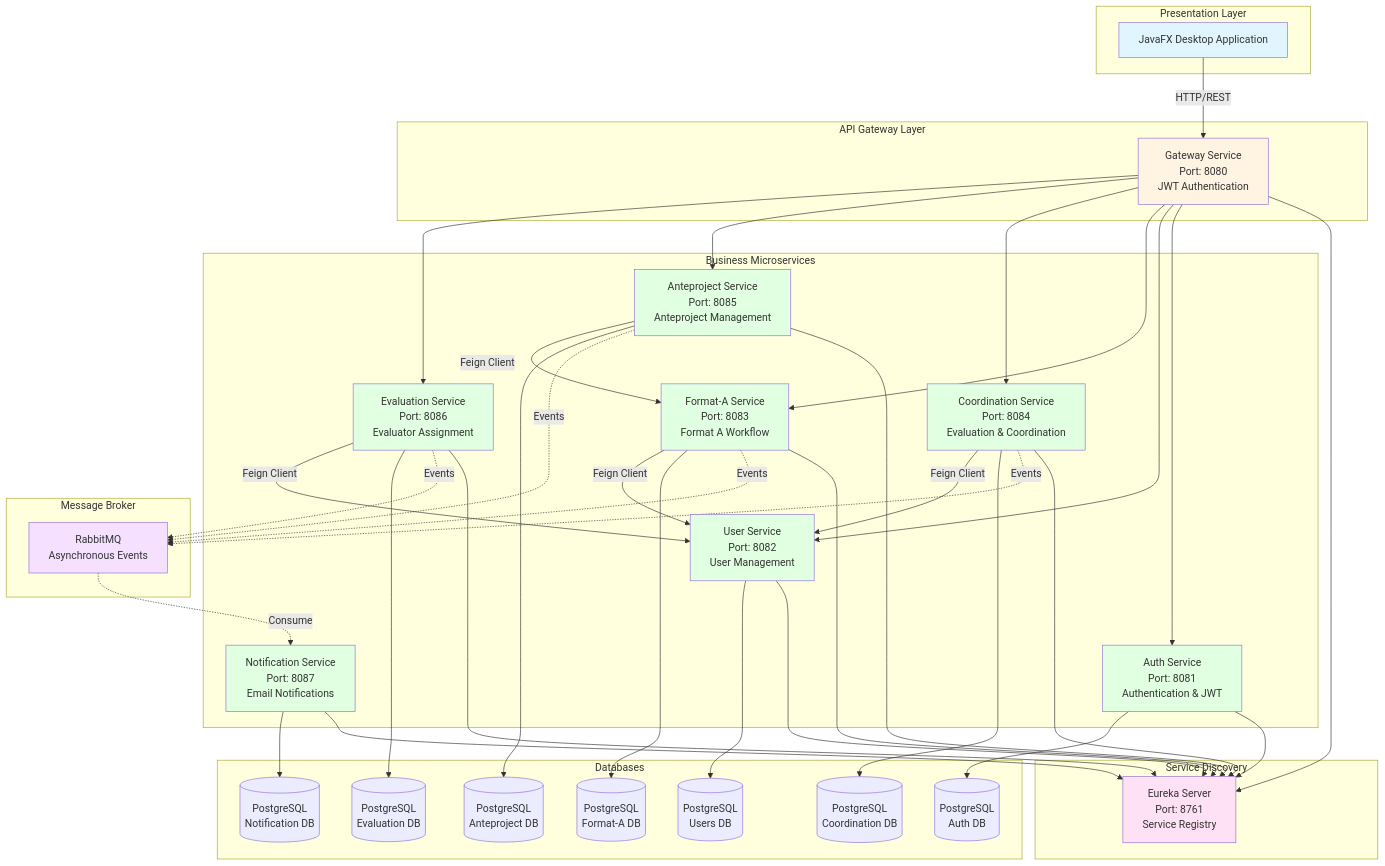
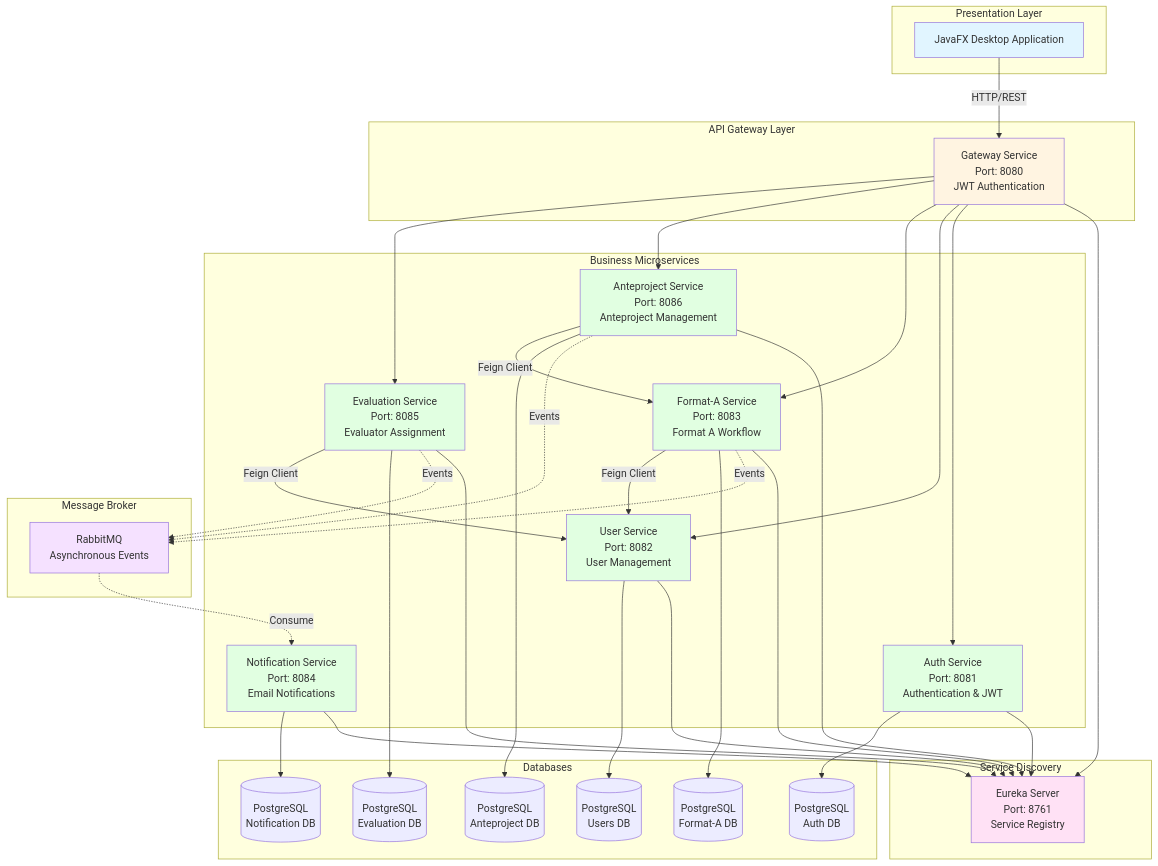
One commit to Julianste15/ProcessManagement changed the diagram in README.md. Above: the diagram before and after it, drawn with Mermaid. The commit also changed other lines of this file and 1 other file, not shown here.

First line of the commit message:
docs: align README with the real service stack and resilience status (#37, #38)

```diff
--- a/README.md
+++ b/README.md
@@ -93,10 +93,9 @@
         AUTH[Auth Service<br/>Port: 8081<br/>Authentication & JWT]
         USER[User Service<br/>Port: 8082<br/>User Management]
         FORMATA[Format-A Service<br/>Port: 8083<br/>Format A Workflow]
-        COORD[Coordination Service<br/>Port: 8084<br/>Evaluation & Coordination]
-        ANTE[Anteproject Service<br/>Port: 8085<br/>Anteproject Management]
-        EVAL[Evaluation Service<br/>Port: 8086<br/>Evaluator Assignment]
-        NOTIF[Notification Service<br/>Port: 8087<br/>Email Notifications]
+        ANTE[Anteproject Service<br/>Port: 8086<br/>Anteproject Management]
+        EVAL[Evaluation Service<br/>Port: 8085<br/>Evaluator Assignment]
+        NOTIF[Notification Service<br/>Port: 8084<br/>Email Notifications]
     end
     
     subgraph "Message Broker"
@@ -107,7 +106,6 @@
         DB1[(PostgreSQL<br/>Auth DB)]
         DB2[(PostgreSQL<br/>Users DB)]
         DB3[(PostgreSQL<br/>Format-A DB)]
-        DB4[(PostgreSQL<br/>Coordination DB)]
         DB5[(PostgreSQL<br/>Anteproject DB)]
         DB6[(PostgreSQL<br/>Evaluation DB)]
         DB7[(PostgreSQL<br/>Notification DB)]
@@ -118,20 +116,17 @@
     GW --> AUTH
     GW --> USER
     GW --> FORMATA
-    GW --> COORD
     GW --> ANTE
     GW --> EVAL
     
     AUTH --> EUREKA
     USER --> EUREKA
     FORMATA --> EUREKA
-    COORD --> EUREKA
     ANTE --> EUREKA
     EVAL --> EUREKA
     NOTIF --> EUREKA
     
     FORMATA -.->|Events| RABBIT
-    COORD -.->|Events| RABBIT
     ANTE -.->|Events| RABBIT
     EVAL -.->|Events| RABBIT
     RABBIT -.->|Consume| NOTIF
@@ -139,13 +134,11 @@
     AUTH --> DB1
     USER --> DB2
     FORMATA --> DB3
-    COORD --> DB4
     ANTE --> DB5
     EVAL --> DB6
     NOTIF --> DB7
     
     FORMATA -->|Feign Client| USER
-    COORD -->|Feign Client| USER
     ANTE -->|Feign Client| FORMATA
     EVAL -->|Feign Client| USER
 
@@ -156,7 +149,6 @@
     style AUTH fill:#e1ffe1
     style USER fill:#e1ffe1
     style FORMATA fill:#e1ffe1
-    style COORD fill:#e1ffe1
     style ANTE fill:#e1ffe1
     style EVAL fill:#e1ffe1
     style NOTIF fill:#e1ffe1
```
